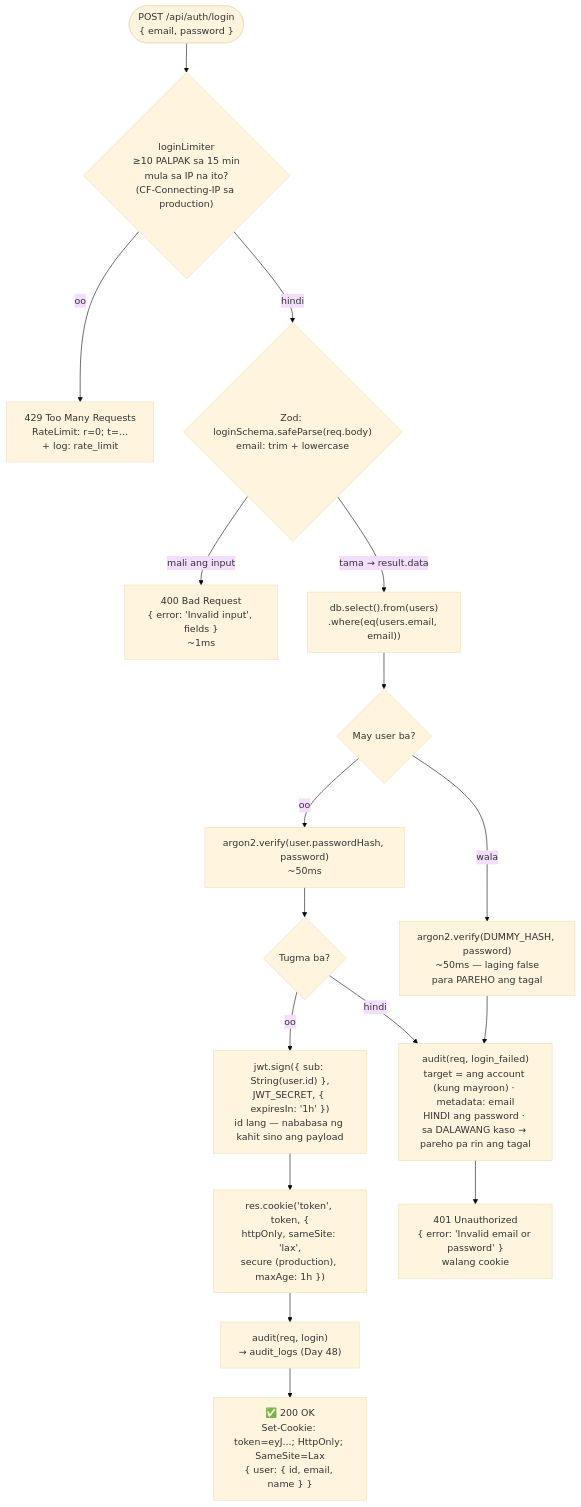
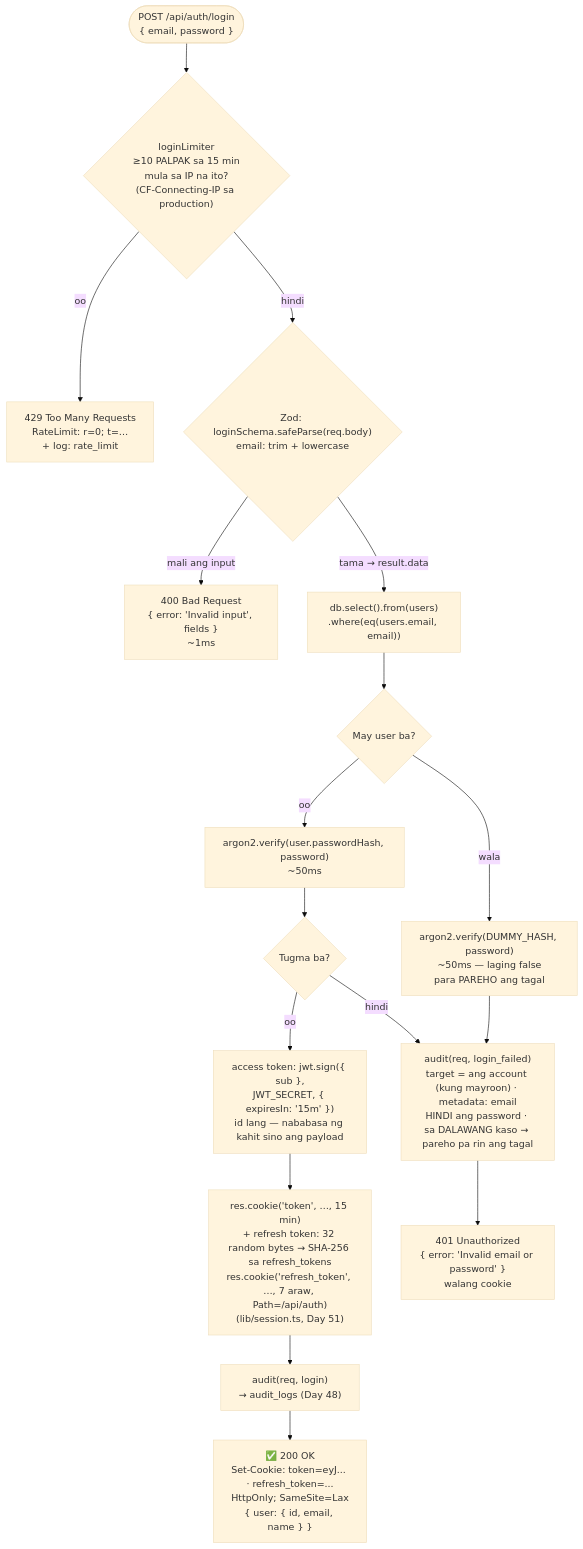
Before and after one commit to nelson1869-ai/auth-learning: the diagram in docs/diagrams/04-login-flow.md, drawn with Mermaid (base theme). The commit also changed other lines of this file and 22 other files, not shown here.

````diff
--- a/docs/diagrams/04-login-flow.md
+++ b/docs/diagrams/04-login-flow.md
@@ -10,19 +10,19 @@
 ```mermaid
 flowchart TD
     Req(["POST /api/auth/login<br/>{ email, password }"]) --> RL{"loginLimiter<br/>≥10 PALPAK sa 15 min<br/>mula sa IP na ito?<br/>(CF-Connecting-IP sa production)"}
     RL -->|"oo"| C429["429 Too Many Requests<br/>RateLimit: r=0; t=…<br/>+ log: rate_limit"]
     RL -->|"hindi"| Zod{"Zod: loginSchema.safeParse(req.body)<br/>email: trim + lowercase"}
     Zod -->|"mali ang input"| C400["400 Bad Request<br/>{ error: 'Invalid input', fields }<br/>~1ms"]
     Zod -->|"tama → result.data"| Find["db.select().from(users)<br/>.where(eq(users.email, email))"]
     Find --> Has{"May user ba?"}
     Has -->|"oo"| VReal["argon2.verify(user.passwordHash, password)<br/>~50ms"]
     Has -->|"wala"| VDummy["argon2.verify(DUMMY_HASH, password)<br/>~50ms — laging false<br/>para PAREHO ang tagal"]
     VReal --> Ok{"Tugma ba?"}
-    Ok -->|"oo"| Sign["jwt.sign({ sub: String(user.id) },<br/>JWT_SECRET, { expiresIn: '1h' })<br/>id lang — nababasa ng kahit sino ang payload"]
-    Sign --> Cookie["res.cookie('token', token, {<br/>httpOnly, sameSite: 'lax',<br/>secure (production), maxAge: 1h })"]
+    Ok -->|"oo"| Sign["access token: jwt.sign({ sub },<br/>JWT_SECRET, { expiresIn: '15m' })<br/>id lang — nababasa ng kahit sino ang payload"]
+    Sign --> Cookie["res.cookie('token', …, 15 min)<br/>+ refresh token: 32 random bytes → SHA-256 sa refresh_tokens<br/>res.cookie('refresh_token', …, 7 araw, Path=/api/auth)<br/>(lib/session.ts, Day 51)"]
     Cookie --> AudOk["audit(req, login)<br/>→ audit_logs (Day 48)"]
-    AudOk --> C200["✅ 200 OK<br/>Set-Cookie: token=eyJ...; HttpOnly; SameSite=Lax<br/>{ user: { id, email, name } }"]
+    AudOk --> C200["✅ 200 OK<br/>Set-Cookie: token=eyJ... · refresh_token=...<br/>HttpOnly; SameSite=Lax<br/>{ user: { id, email, name } }"]
     Ok -->|"hindi"| AudFail["audit(req, login_failed)<br/>target = ang account (kung mayroon) · metadata: email<br/>HINDI ang password · sa DALAWANG kaso → pareho pa rin ang tagal"]
     VDummy --> AudFail
     AudFail --> C401["401 Unauthorized<br/>{ error: 'Invalid email or password' }<br/>walang cookie"]
 ```
````
